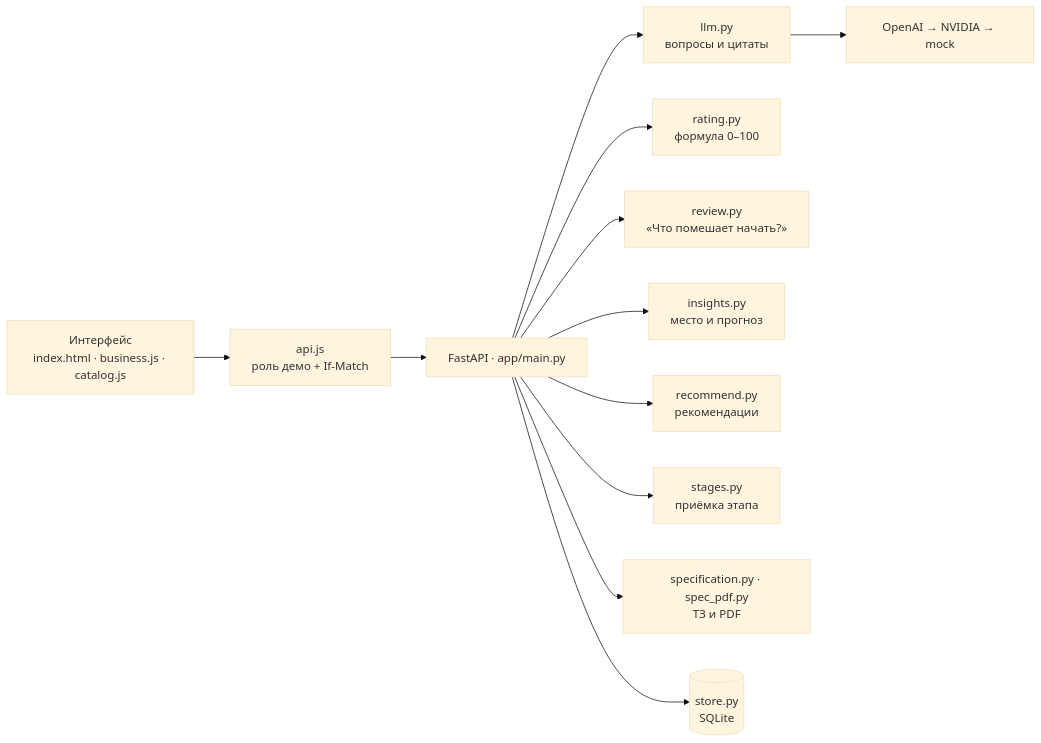
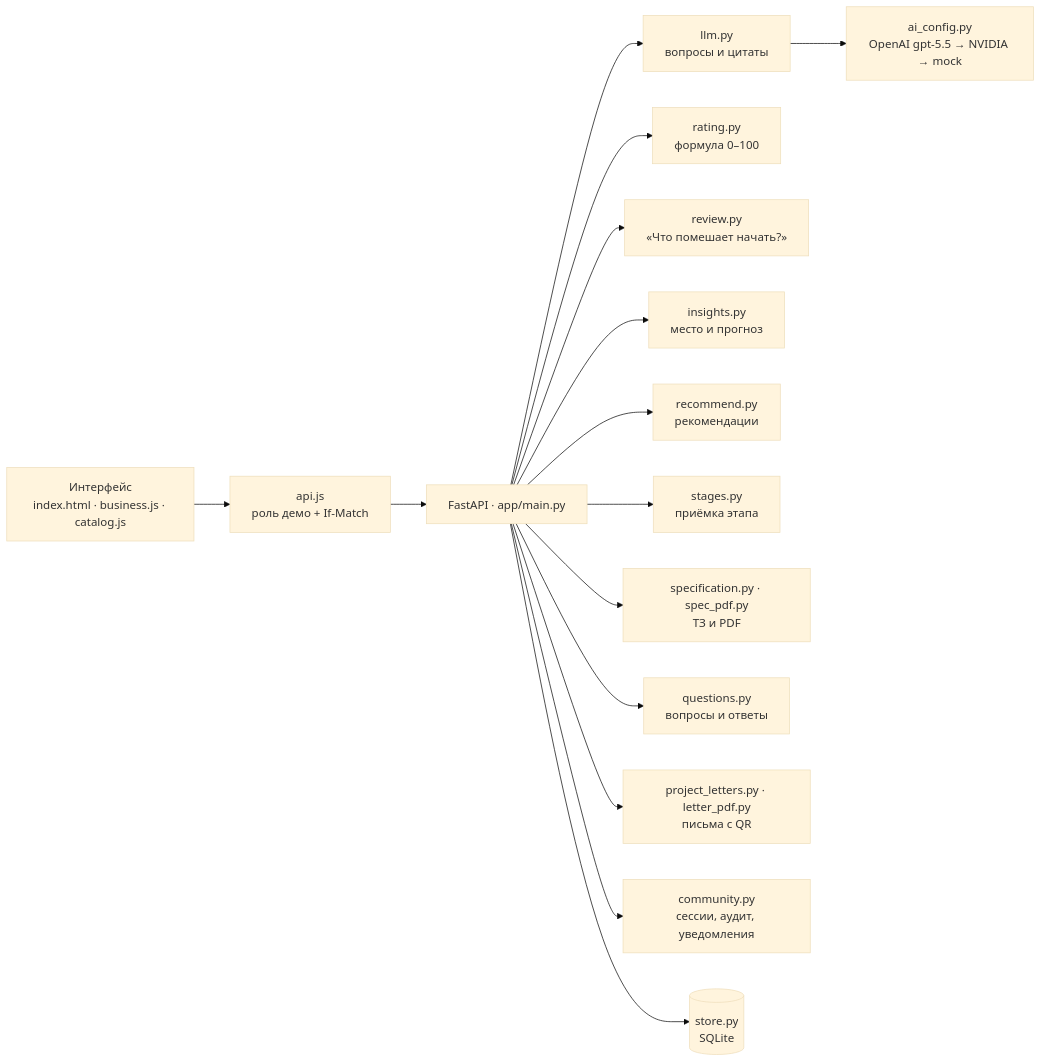
Before and after one commit to BAITC-Hacks/hack-a2928c88-hackai: the diagram in README.md, drawn with Mermaid (base theme). The commit also changed other lines of this file and 3 other files, not shown here.

````diff
--- a/README.md
+++ b/README.md
@@ -137,14 +141,17 @@
 ```mermaid
 flowchart LR
   UI["Интерфейс<br/>index.html · business.js · catalog.js"] --> API["api.js<br/>роль демо + If-Match"]
   API --> M["FastAPI · app/main.py"]
   M --> L["llm.py<br/>вопросы и цитаты"]
   M --> R["rating.py<br/>формула 0–100"]
   M --> RV["review.py<br/>«Что помешает начать?»"]
   M --> I["insights.py<br/>место и прогноз"]
   M --> RC["recommend.py<br/>рекомендации"]
   M --> ST["stages.py<br/>приёмка этапа"]
   M --> SP["specification.py · spec_pdf.py<br/>ТЗ и PDF"]
+  M --> Q["questions.py<br/>вопросы и ответы"]
+  M --> PL["project_letters.py · letter_pdf.py<br/>письма с QR"]
+  M --> C["community.py<br/>сессии, аудит, уведомления"]
   M --> DB[("store.py<br/>SQLite")]
-  L --> OAI["OpenAI → NVIDIA → mock"]
+  L --> OAI["ai_config.py<br/>OpenAI gpt-5.5 → NVIDIA → mock"]
 ```
````
